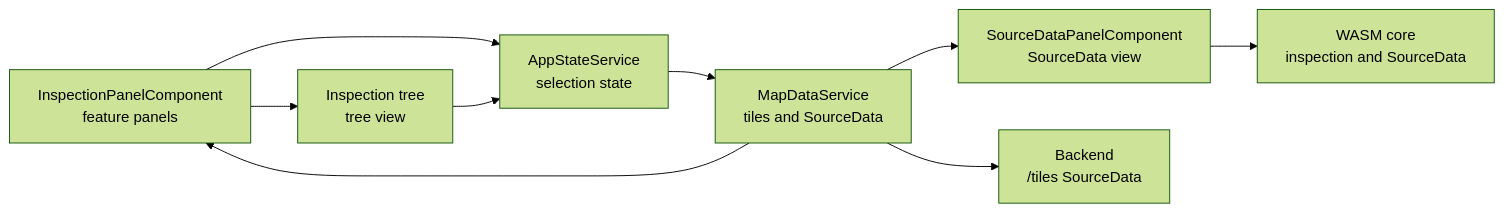
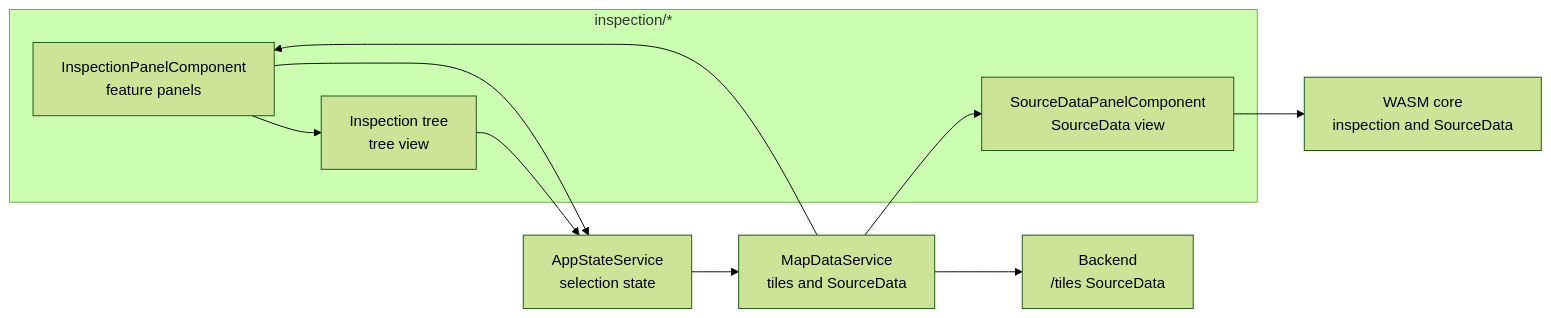
Before and after one commit to ndsev/erdblick: the sixth of 10 diagrams in docs/erdblick-dev-guide.md, drawn with Mermaid (forest theme). The commit also changed other lines of this file, not shown here.

````diff
--- a/docs/erdblick-dev-guide.md
+++ b/docs/erdblick-dev-guide.md
@@ -351,20 +237,22 @@
 ```mermaid
 flowchart LR
-  InspectPanel[InspectionPanelComponent<br>feature panels]
-  InspectTree[Inspection tree<br>tree view]
-  SourcePanel[SourceDataPanelComponent<br>SourceData view]
+  subgraph inspection_dir[inspection/*]
+    InspectPanel[InspectionPanelComponent<br>feature panels]
+    InspectTree[Inspection tree<br>tree view]
+    SourcePanel[SourceDataPanelComponent<br>SourceData view]
+  end
   State[AppStateService<br>selection state]
   MapSvc[MapDataService<br>tiles and SourceData]
   Core[WASM core<br>inspection and SourceData]
   Backend[Backend<br>/tiles SourceData]
 
   InspectPanel --> InspectTree
   InspectPanel --> State
   InspectTree --> State
 
   State --> MapSvc
   MapSvc --> InspectPanel
   MapSvc --> SourcePanel
   SourcePanel --> Core
   MapSvc --> Backend
 ```
````
